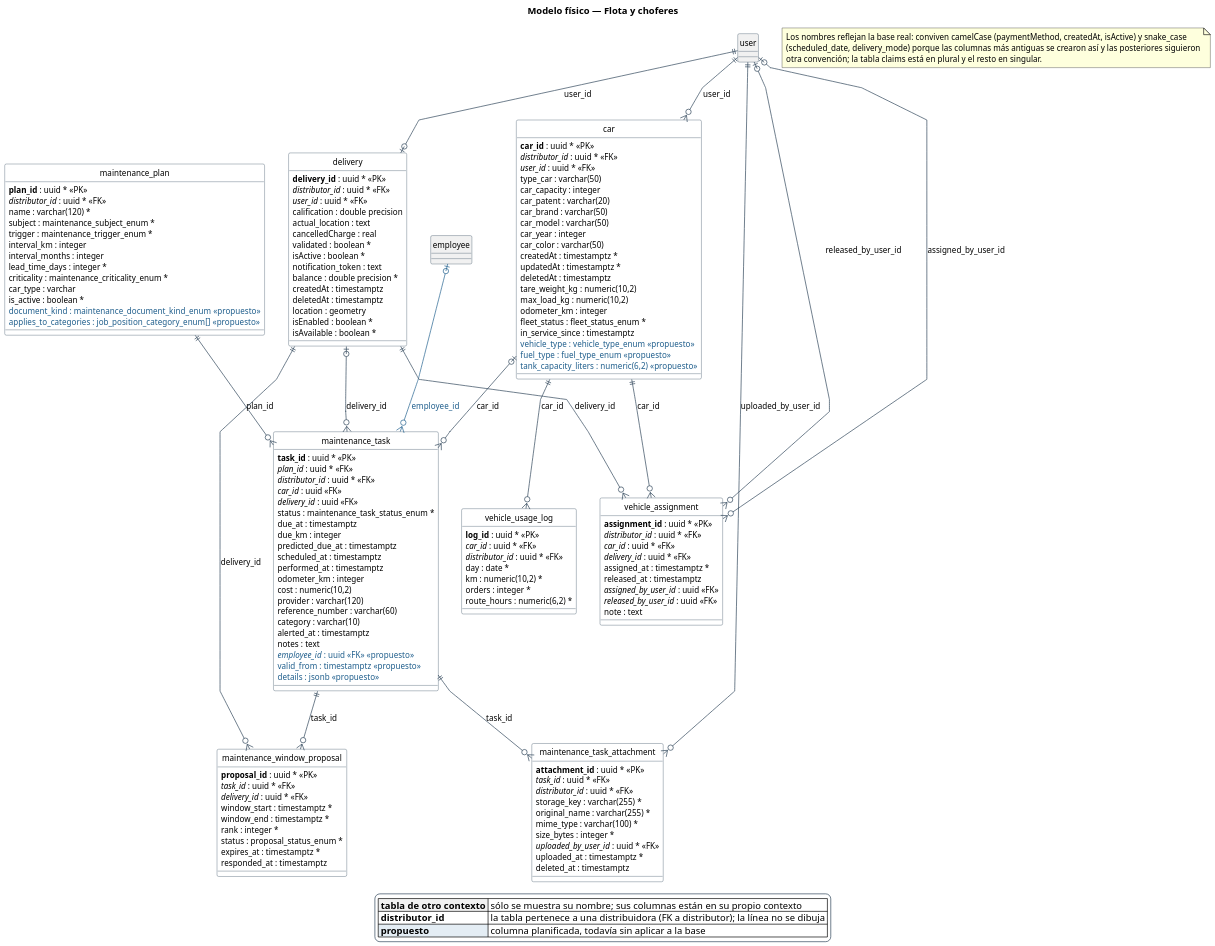
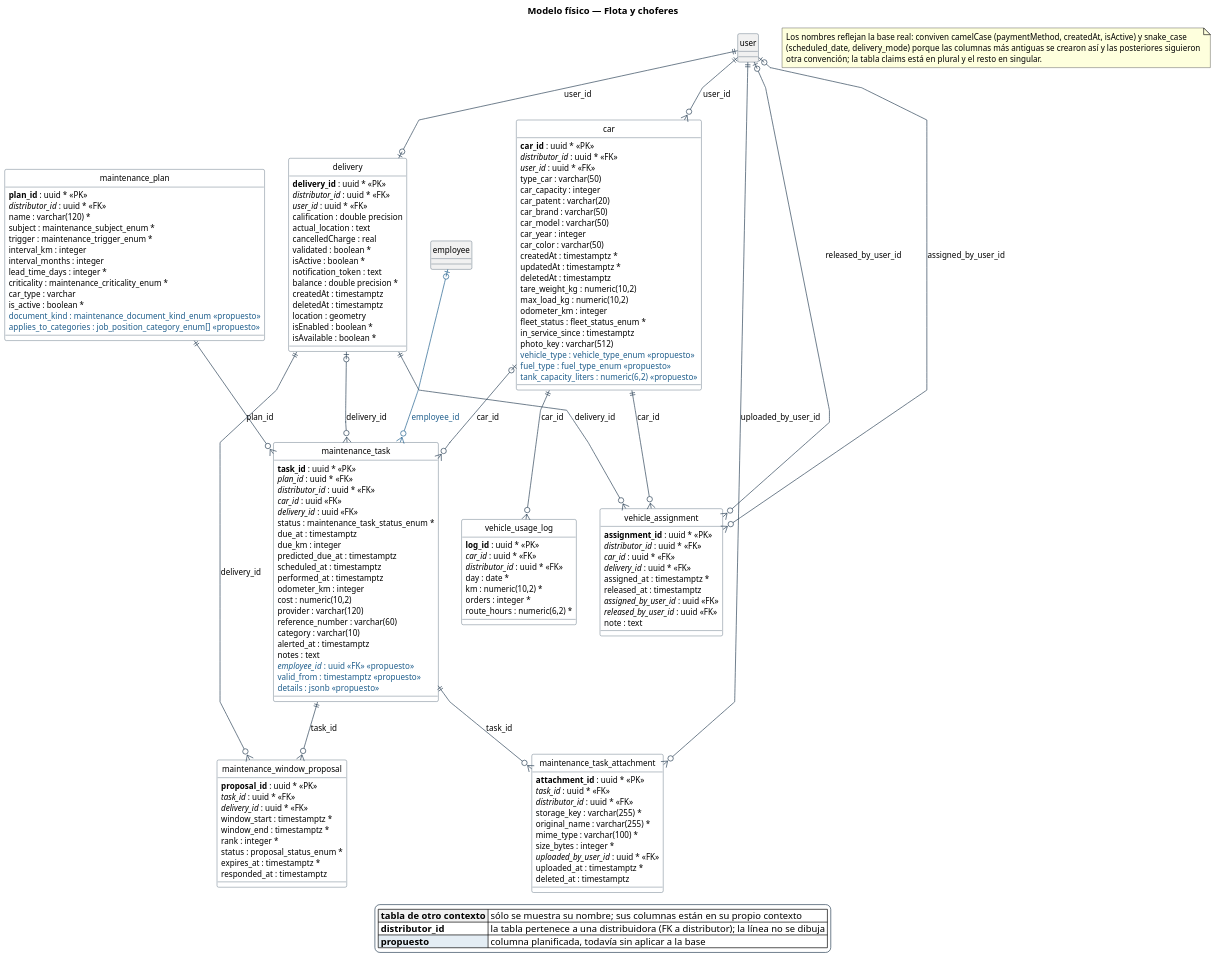
Before and after one commit to Nahuelito-Dev/splg-docs: the diagram in diagramas/base-de-datos/fisico/SPLG-fisico-07-flota-y-choferes.puml, drawn with PlantUML. The commit also changed 298 other files, not shown here.

```diff
--- a/diagramas/base-de-datos/fisico/SPLG-fisico-07-flota-y-choferes.puml
+++ b/diagramas/base-de-datos/fisico/SPLG-fisico-07-flota-y-choferes.puml
@@ -1,185 +1,186 @@
 @startuml
 title Modelo físico — Flota y choferes
 skinparam backgroundColor #FFFFFF
 skinparam shadowing false
 skinparam defaultFontName Helvetica
 skinparam defaultFontSize 12
 skinparam dpi 150
 skinparam class {
   BorderColor #2C4257
   BackgroundColor #FFFFFF
   ArrowColor #2C4257
   FontSize 12
 }
 skinparam entity<<ajena>> {
   BackgroundColor #F1F1F1
   BorderColor #8A97A3
   FontColor #55616C
 }
 skinparam class<<propuesto>> {
   BorderColor #1F5E8C
   BackgroundColor #E4EDF4
 }
 skinparam entity<<propuesto>> {
   BorderColor #1F5E8C
   BackgroundColor #E4EDF4
 }
 skinparam legendBackgroundColor #FFFFFF
 skinparam legendBorderColor #2C4257
 
 hide circle
 skinparam linetype polyline
 
 entity "maintenance_plan" as e_maintenance_plan {
   {field} **plan_id** : uuid * <<PK>>
   {field} //distributor_id// : uuid * <<FK>>
   {field} name : varchar(120) *
   {field} subject : maintenance_subject_enum *
   {field} trigger : maintenance_trigger_enum *
   {field} interval_km : integer
   {field} interval_months : integer
   {field} lead_time_days : integer *
   {field} criticality : maintenance_criticality_enum *
   {field} car_type : varchar
   {field} is_active : boolean *
   {field} <color:#1F5E8C>document_kind : maintenance_document_kind_enum <<propuesto>></color>
   {field} <color:#1F5E8C>applies_to_categories : job_position_category_enum[] <<propuesto>></color>
 }
 entity "car" as e_car {
   {field} **car_id** : uuid * <<PK>>
   {field} //distributor_id// : uuid * <<FK>>
   {field} //user_id// : uuid * <<FK>>
   {field} type_car : varchar(50)
   {field} car_capacity : integer
   {field} car_patent : varchar(20)
   {field} car_brand : varchar(50)
   {field} car_model : varchar(50)
   {field} car_year : integer
   {field} car_color : varchar(50)
   {field} createdAt : timestamptz *
   {field} updatedAt : timestamptz *
   {field} deletedAt : timestamptz
   {field} tare_weight_kg : numeric(10,2)
   {field} max_load_kg : numeric(10,2)
   {field} odometer_km : integer
   {field} fleet_status : fleet_status_enum *
   {field} in_service_since : timestamptz
+  {field} photo_key : varchar(512)
   {field} <color:#1F5E8C>vehicle_type : vehicle_type_enum <<propuesto>></color>
   {field} <color:#1F5E8C>fuel_type : fuel_type_enum <<propuesto>></color>
   {field} <color:#1F5E8C>tank_capacity_liters : numeric(6,2) <<propuesto>></color>
 }
 entity "delivery" as e_delivery {
   {field} **delivery_id** : uuid * <<PK>>
   {field} //distributor_id// : uuid * <<FK>>
   {field} //user_id// : uuid * <<FK>>
   {field} calification : double precision
   {field} actual_location : text
   {field} cancelledCharge : real
   {field} validated : boolean *
   {field} isActive : boolean *
   {field} notification_token : text
   {field} balance : double precision *
   {field} createdAt : timestamptz
   {field} deletedAt : timestamptz
   {field} location : geometry
   {field} isEnabled : boolean *
   {field} isAvailable : boolean *
 }
 entity "maintenance_task" as e_maintenance_task {
   {field} **task_id** : uuid * <<PK>>
   {field} //plan_id// : uuid * <<FK>>
   {field} //distributor_id// : uuid * <<FK>>
   {field} //car_id// : uuid <<FK>>
   {field} //delivery_id// : uuid <<FK>>
   {field} status : maintenance_task_status_enum *
   {field} due_at : timestamptz
   {field} due_km : integer
   {field} predicted_due_at : timestamptz
   {field} scheduled_at : timestamptz
   {field} performed_at : timestamptz
   {field} odometer_km : integer
   {field} cost : numeric(10,2)
   {field} provider : varchar(120)
   {field} reference_number : varchar(60)
   {field} category : varchar(10)
   {field} alerted_at : timestamptz
   {field} notes : text
   {field} <color:#1F5E8C>//employee_id// : uuid <<FK>> <<propuesto>></color>
   {field} <color:#1F5E8C>valid_from : timestamptz <<propuesto>></color>
   {field} <color:#1F5E8C>details : jsonb <<propuesto>></color>
 }
 entity "vehicle_assignment" as e_vehicle_assignment {
   {field} **assignment_id** : uuid * <<PK>>
   {field} //distributor_id// : uuid * <<FK>>
   {field} //car_id// : uuid * <<FK>>
   {field} //delivery_id// : uuid * <<FK>>
   {field} assigned_at : timestamptz *
   {field} released_at : timestamptz
   {field} //assigned_by_user_id// : uuid <<FK>>
   {field} //released_by_user_id// : uuid <<FK>>
   {field} note : text
 }
 entity "vehicle_usage_log" as e_vehicle_usage_log {
   {field} **log_id** : uuid * <<PK>>
   {field} //car_id// : uuid * <<FK>>
   {field} //distributor_id// : uuid * <<FK>>
   {field} day : date *
   {field} km : numeric(10,2) *
   {field} orders : integer *
   {field} route_hours : numeric(6,2) *
 }
 entity "maintenance_task_attachment" as e_maintenance_task_attachment {
   {field} **attachment_id** : uuid * <<PK>>
   {field} //task_id// : uuid * <<FK>>
   {field} //distributor_id// : uuid * <<FK>>
   {field} storage_key : varchar(255) *
   {field} original_name : varchar(255) *
   {field} mime_type : varchar(100) *
   {field} size_bytes : integer *
   {field} //uploaded_by_user_id// : uuid * <<FK>>
   {field} uploaded_at : timestamptz *
   {field} deleted_at : timestamptz
 }
 entity "maintenance_window_proposal" as e_maintenance_window_proposal {
   {field} **proposal_id** : uuid * <<PK>>
   {field} //task_id// : uuid * <<FK>>
   {field} //delivery_id// : uuid * <<FK>>
   {field} window_start : timestamptz *
   {field} window_end : timestamptz *
   {field} rank : integer *
   {field} status : proposal_status_enum *
   {field} expires_at : timestamptz *
   {field} responded_at : timestamptz
 }
 entity "user" as e_user #F1F1F1 {
 }
 entity "employee" as e_employee #F1F1F1 {
 }
 
 e_user ||--o{ e_car : user_id
 e_user ||--o| e_delivery : user_id
 e_car |o--o{ e_maintenance_task : car_id
 e_delivery |o--o{ e_maintenance_task : delivery_id
 e_maintenance_plan ||--o{ e_maintenance_task : plan_id
 e_employee |o--o{ e_maintenance_task #line:1F5E8C;text:1F5E8C : employee_id
 e_user |o--o{ e_vehicle_assignment : assigned_by_user_id
 e_car ||--o{ e_vehicle_assignment : car_id
 e_delivery ||--o{ e_vehicle_assignment : delivery_id
 e_user |o--o{ e_vehicle_assignment : released_by_user_id
 e_car ||--o{ e_vehicle_usage_log : car_id
 e_maintenance_task ||--o{ e_maintenance_task_attachment : task_id
 e_user ||--o{ e_maintenance_task_attachment : uploaded_by_user_id
 e_delivery ||--o{ e_maintenance_window_proposal : delivery_id
 e_maintenance_task ||--o{ e_maintenance_window_proposal : task_id
 
 legend bottom
 |<#F1F1F1> **tabla de otro contexto** | sólo se muestra su nombre; sus columnas están en su propio contexto |
 |<#FFFFFF> **distributor_id** | la tabla pertenece a una distribuidora (FK a distributor); la línea no se dibuja |
 |<#E4EDF4> **propuesto** | columna planificada, todavía sin aplicar a la base |
 endlegend
 note as N
   Los nombres reflejan la base real: conviven camelCase (paymentMethod, createdAt, isActive) y snake_case
   (scheduled_date, delivery_mode) porque las columnas más antiguas se crearon así y las posteriores siguieron
   otra convención; la tabla claims está en plural y el resto en singular.
 end note
 @enduml
```
